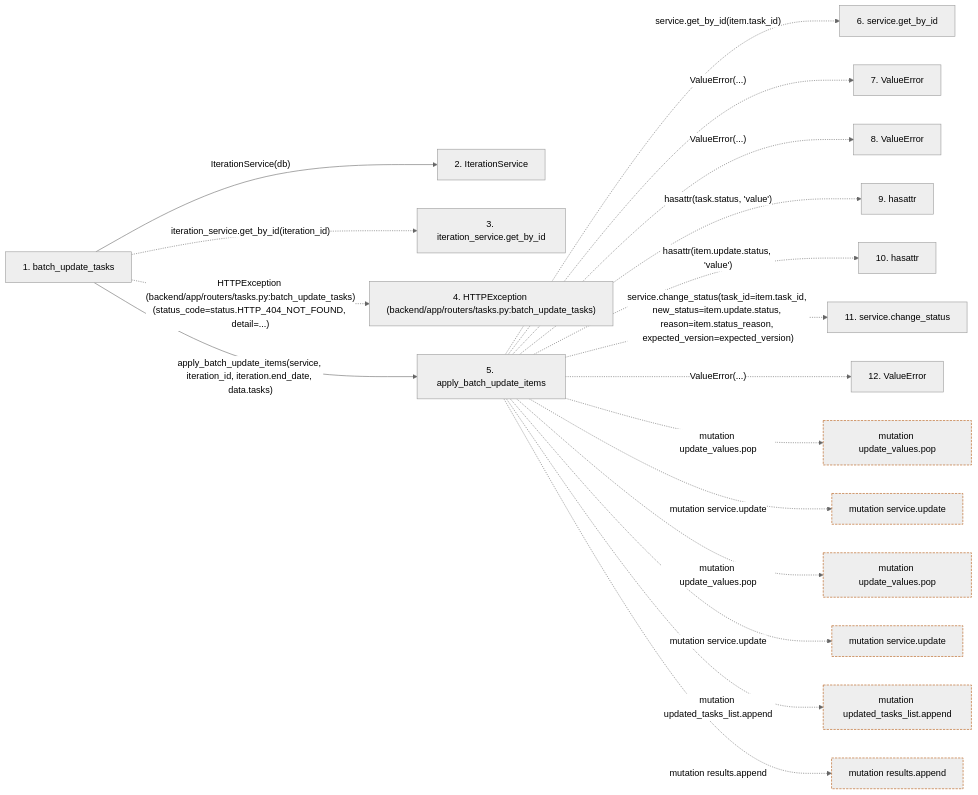
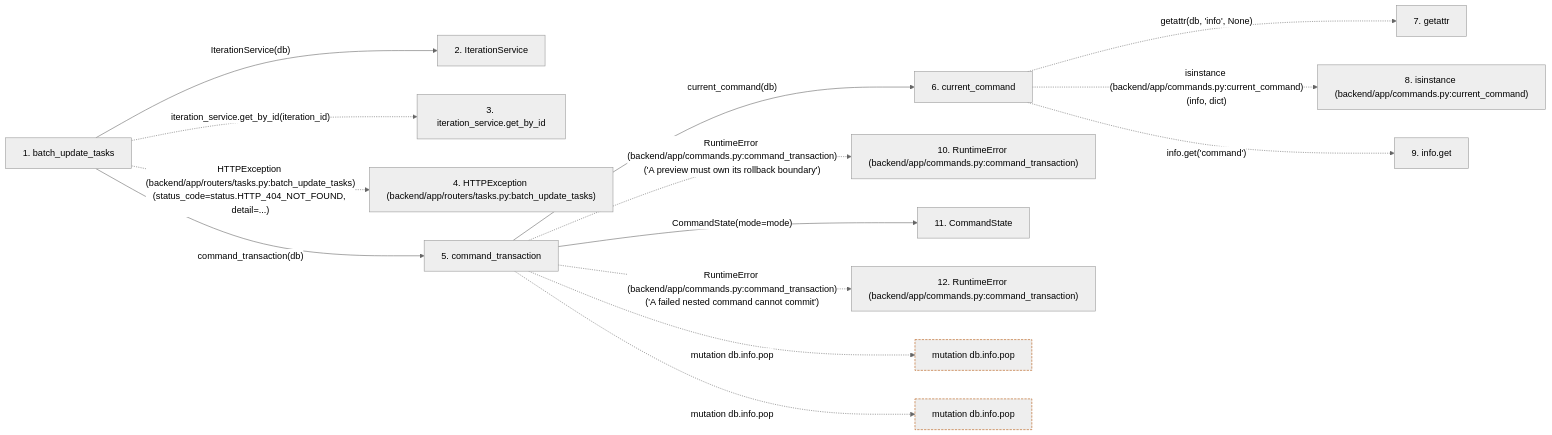
Before and after one commit to Denissvgn/WorkChord: the second of 2 diagrams in docs/llm_wiki/flows/http-batch_update_tasks.md, drawn with Mermaid (neutral theme). The commit also changed other lines of this file and 958 other files, not shown here.

First line of the commit message:
docs(wiki): refresh identity and recovery architecture

````diff
--- a/docs/llm_wiki/flows/http-batch_update_tasks.md
+++ b/docs/llm_wiki/flows/http-batch_update_tasks.md
@@ -72,48 +76,38 @@
 ```mermaid
 flowchart LR
     s1["1. batch_update_tasks"]
     s2["2. IterationService"]
     s3["3. iteration_service.get_by_id"]
     s4["4. HTTPException (backend/app/routers/tasks.py:batch_update_tasks)"]
-    s5["5. apply_batch_update_items"]
-    s6["6. service.get_by_id"]
-    s7["7. ValueError"]
-    s8["8. ValueError"]
-    s9["9. hasattr"]
-    s10["10. hasattr"]
-    s11["11. service.change_status"]
-    s12["12. ValueError"]
+    s5["5. command_transaction"]
+    s6["6. current_command"]
+    s7["7. getattr"]
+    s8["8. isinstance (backend/app/commands.py:current_command)"]
+    s9["9. info.get"]
+    s10["10. RuntimeError (backend/app/commands.py:command_transaction)"]
+    s11["11. CommandState"]
+    s12["12. RuntimeError (backend/app/commands.py:command_transaction)"]
     s1 -->|"IterationService(db)"| s2
     s1 -. "iteration_service.get_by_id(iteration_id)" .-> s3
     s1 -. "HTTPException (backend/app/routers/tasks.py:batch_update_tasks)(status_code=status.HTTP_404_NOT_FOUND, detail=...)" .-> s4
-    s1 -->|"apply_batch_update_items(service, iteration_id, iteration.end_date, data.tasks)"| s5
-    s5 -. "service.get_by_id(item.task_id)" .-> s6
-    s5 -. "ValueError(...)" .-> s7
-    s5 -. "ValueError(...)" .-> s8
-    s5 -. "hasattr(task.status, 'value')" .-> s9
-    s5 -. "hasattr(item.update.status, 'value')" .-> s10
-    s5 -. "service.change_status(task_id=item.task_id, new_status=item.update.status, reason=item.status_reason, expected_version=expected_version)" .-> s11
-    s5 -. "ValueError(...)" .-> s12
-    b0["mutation update_values.pop"]
-    s5 -. "mutation update_values.pop" .-> b0
-    b1["mutation service.update"]
-    s5 -. "mutation service.update" .-> b1
-    b2["mutation update_values.pop"]
-    s5 -. "mutation update_values.pop" .-> b2
-    b3["mutation service.update"]
-    s5 -. "mutation service.update" .-> b3
-    b4["mutation updated_tasks_list.append"]
-    s5 -. "mutation updated_tasks_list.append" .-> b4
-    b5["mutation results.append"]
-    s5 -. "mutation results.append" .-> b5
+    s1 -->|"command_transaction(db)"| s5
+    s5 -->|"current_command(db)"| s6
+    s6 -. "getattr(db, 'info', None)" .-> s7
+    s6 -. "isinstance (backend/app/commands.py:current_command)(info, dict)" .-> s8
+    s6 -. "info.get('command')" .-> s9
+    s5 -. "RuntimeError (backend/app/commands.py:command_transaction)('A preview must own its rollback boundary')" .-> s10
+    s5 -->|"CommandState(mode=mode)"| s11
+    s5 -. "RuntimeError (backend/app/commands.py:command_transaction)('A failed nested command cannot commit')" .-> s12
+    b0["mutation db.info.pop"]
+    s5 -. "mutation db.info.pop" .-> b0
+    b1["mutation db.info.pop"]
+    s5 -. "mutation db.info.pop" .-> b1
     click s1 "../modules/tasks.md"
     click s2 "../modules/iteration_service.md"
-    click s5 "../modules/tasks.md"
+    click s5 "../modules/commands.md"
+    click s6 "../modules/commands.md"
+    click s11 "../modules/commands.md"
     classDef boundary stroke:#b45309,stroke-dasharray: 4 2
     class b0 boundary
     class b1 boundary
-    class b2 boundary
-    class b3 boundary
-    class b4 boundary
-    class b5 boundary
 ```
````
